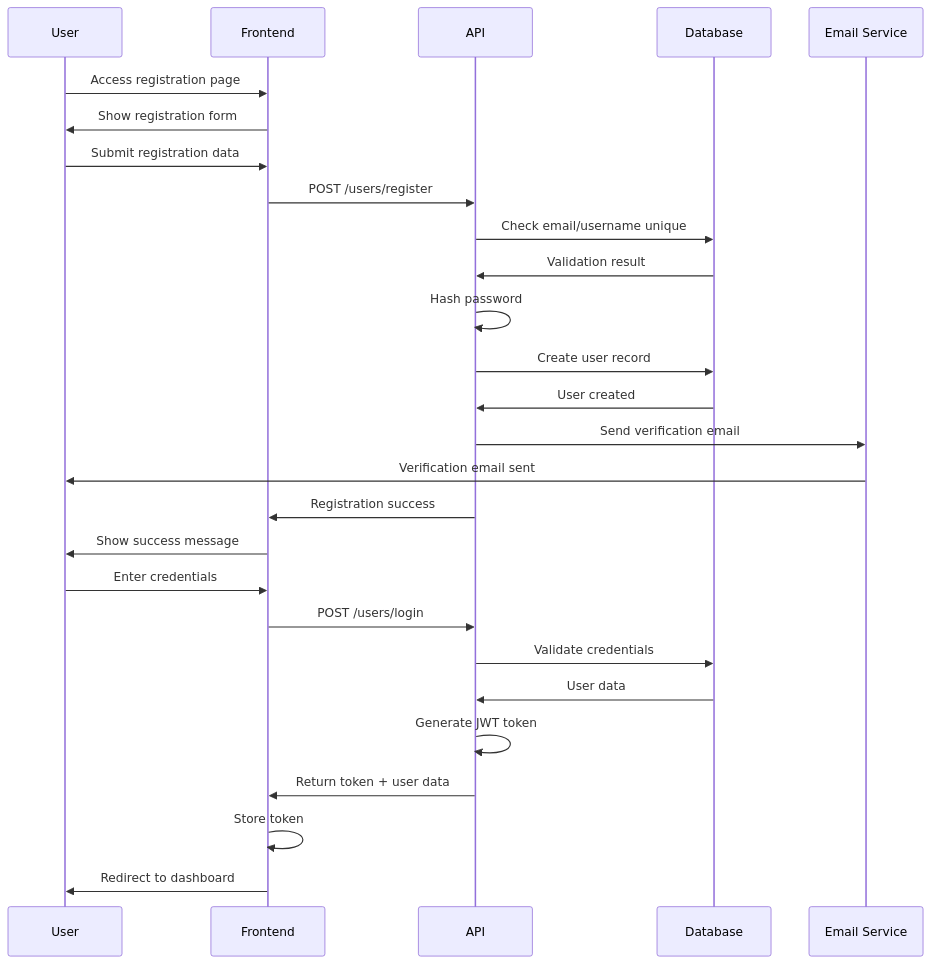
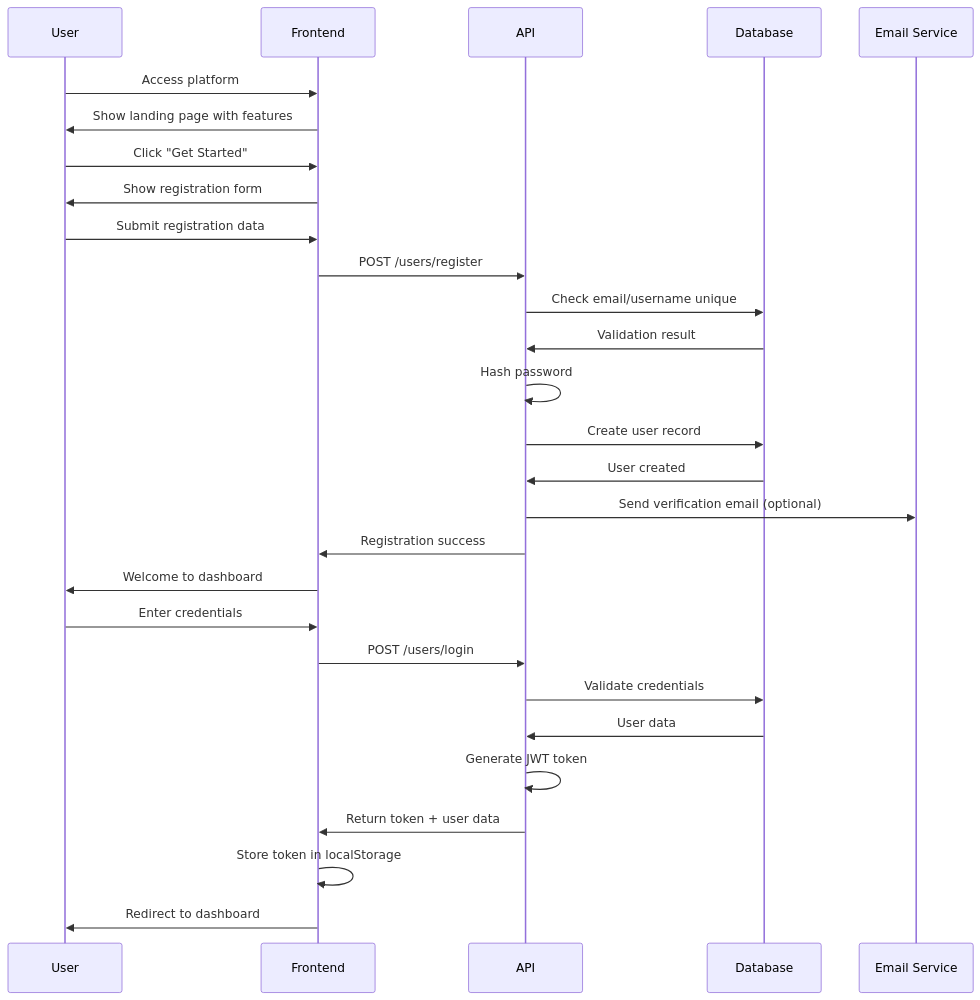
The second of 18 diagrams in backend/docs/architecture/user-workflow.md (Sbcoit/forked-ai-agent-education-platform), drawn with Mermaid before and after one commit. The commit also changed other lines of this file and 5 other files, not shown here.

````diff
--- a/backend/docs/architecture/user-workflow.md
+++ b/backend/docs/architecture/user-workflow.md
@@ -140,33 +107,34 @@
 ```mermaid
 sequenceDiagram
     participant U as User
     participant F as Frontend
     participant A as API
     participant D as Database
     participant E as Email Service
     
     %% Registration Flow
-    U->>F: Access registration page
+    U->>F: Access platform
+    F->>U: Show landing page with features
+    U->>F: Click "Get Started"
     F->>U: Show registration form
     U->>F: Submit registration data
     F->>A: POST /users/register
     A->>D: Check email/username unique
     D->>A: Validation result
     A->>A: Hash password
     A->>D: Create user record
     D->>A: User created
-    A->>E: Send verification email
-    E->>U: Verification email sent
+    A->>E: Send verification email (optional)
     A->>F: Registration success
-    F->>U: Show success message
+    F->>U: Welcome to dashboard
     
     %% Login Flow
     U->>F: Enter credentials
     F->>A: POST /users/login
     A->>D: Validate credentials
     D->>A: User data
     A->>A: Generate JWT token
     A->>F: Return token + user data
-    F->>F: Store token
+    F->>F: Store token in localStorage
     F->>U: Redirect to dashboard
 ```
````
